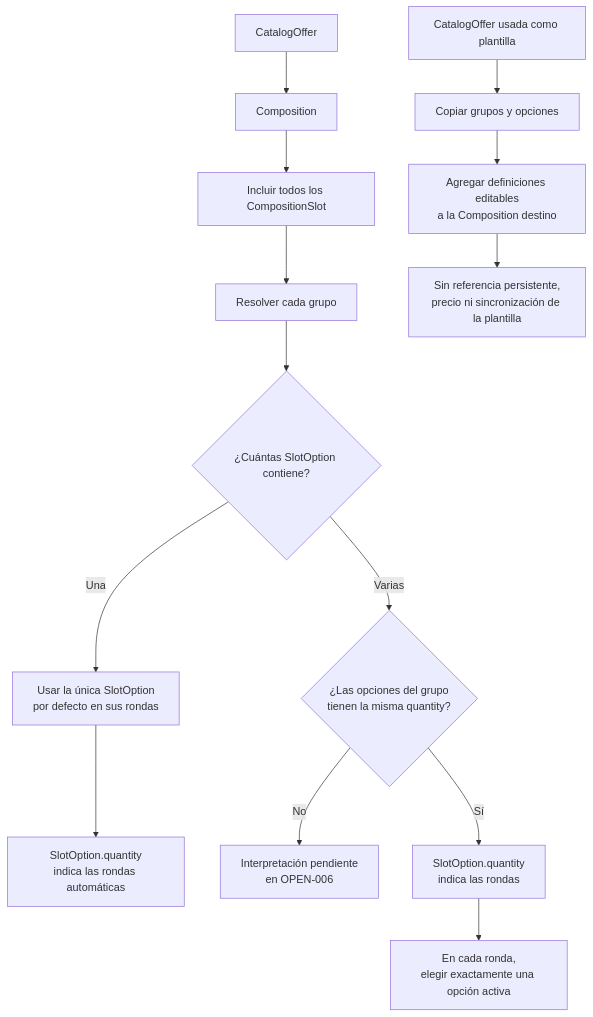
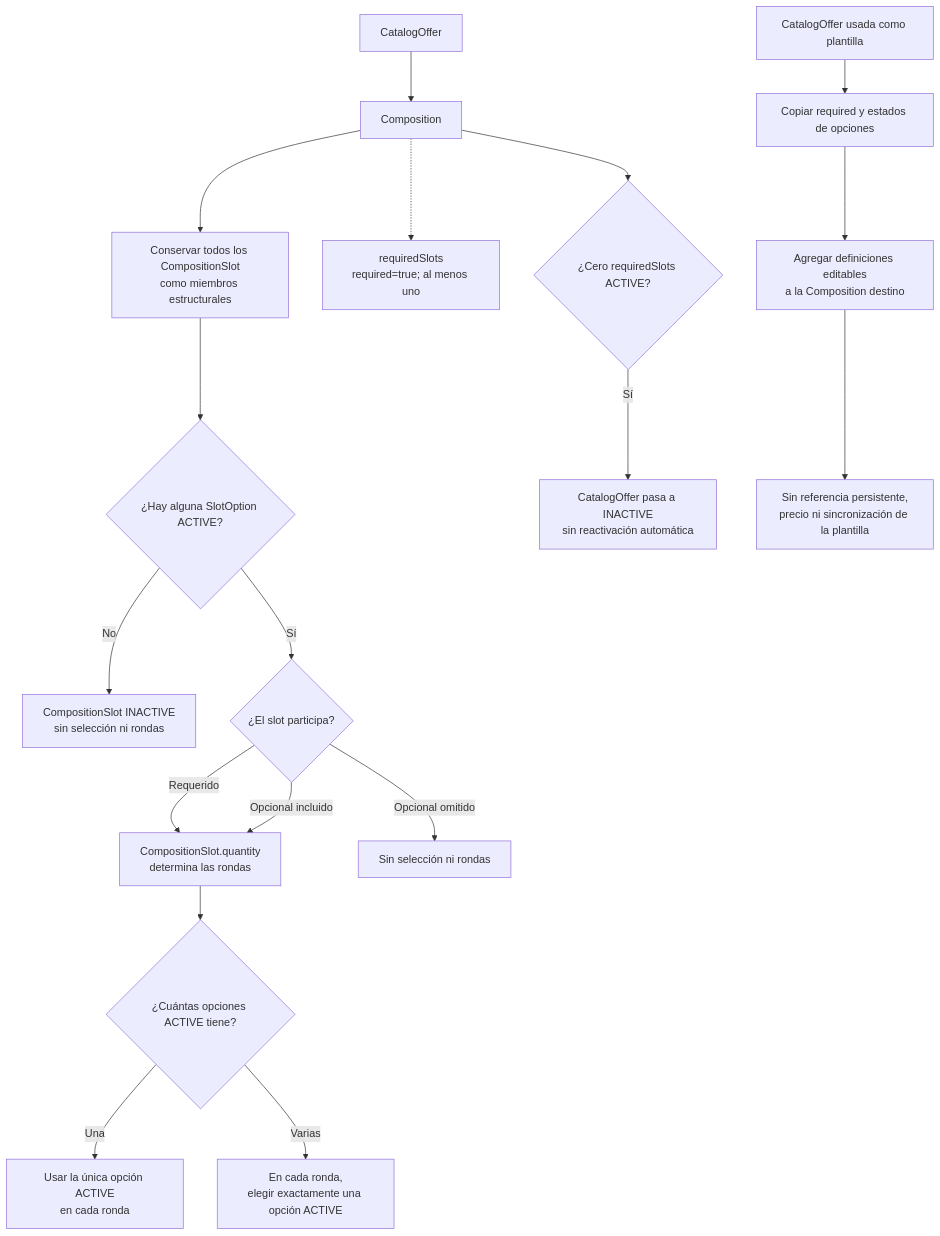
Before and after one commit to FMAT-Restaurant/Menu-Documentation: the fourth of 5 diagrams in docs/ers/architechture.md, drawn with Mermaid. The commit also changed other lines of this file and 14 other files, not shown here.

First line of the commit message:
Refine domain model documentation for CatalogEntry and CatalogOffer

````diff
--- a/docs/ers/architechture.md
+++ b/docs/ers/architechture.md
@@ -239,17 +258,21 @@
 ```mermaid
 flowchart TB
     Offer["CatalogOffer"] --> Composition["Composition"]
-    Composition --> AllSlots["Incluir todos los CompositionSlot"]
-    AllSlots --> Group["Resolver cada grupo"]
-    Group --> Count{"¿Cuántas SlotOption contiene?"}
-    Count -->|Una| Default["Usar la única SlotOption<br/>por defecto en sus rondas"]
-    Default --> SingleRounds["SlotOption.quantity<br/>indica las rondas automáticas"]
-    Count -->|Varias| CompareQuantity{"¿Las opciones del grupo<br/>tienen la misma quantity?"}
-    CompareQuantity -->|No| Open["Interpretación pendiente<br/>en OPEN-006"]
-    CompareQuantity -->|Sí| MultipleRounds["SlotOption.quantity<br/>indica las rondas"]
-    MultipleRounds --> Choice["En cada ronda,<br/>elegir exactamente una opción activa"]
+    Composition --> AllSlots["Conservar todos los CompositionSlot<br/>como miembros estructurales"]
+    Composition -.-> RequiredSlots["requiredSlots<br/>required=true; al menos uno"]
+    AllSlots --> GroupStatus{"¿Hay alguna SlotOption ACTIVE?"}
+    GroupStatus -->|No| InactiveSlot["CompositionSlot INACTIVE<br/>sin selección ni rondas"]
+    GroupStatus -->|Sí| Participation{"¿El slot participa?"}
+    Participation -->|Requerido| Rounds["CompositionSlot.quantity<br/>determina las rondas"]
+    Participation -->|Opcional incluido| Rounds
+    Participation -->|Opcional omitido| Omitted["Sin selección ni rondas"]
+    Rounds --> Count{"¿Cuántas opciones ACTIVE tiene?"}
+    Count -->|Una| Default["Usar la única opción ACTIVE<br/>en cada ronda"]
+    Count -->|Varias| Choice["En cada ronda,<br/>elegir exactamente una opción ACTIVE"]
+    Composition --> ActiveRequired{"¿Cero requiredSlots ACTIVE?"}
+    ActiveRequired -->|Sí| DeactivateOffer["CatalogOffer pasa a INACTIVE<br/>sin reactivación automática"]
 
-    Template["CatalogOffer usada como plantilla"] --> Copy["Copiar grupos y opciones"]
+    Template["CatalogOffer usada como plantilla"] --> Copy["Copiar required y estados de opciones"]
     Copy --> Destination["Agregar definiciones editables<br/>a la Composition destino"]
     Destination --> Independent["Sin referencia persistente,<br/>precio ni sincronización de la plantilla"]
 ```
````
